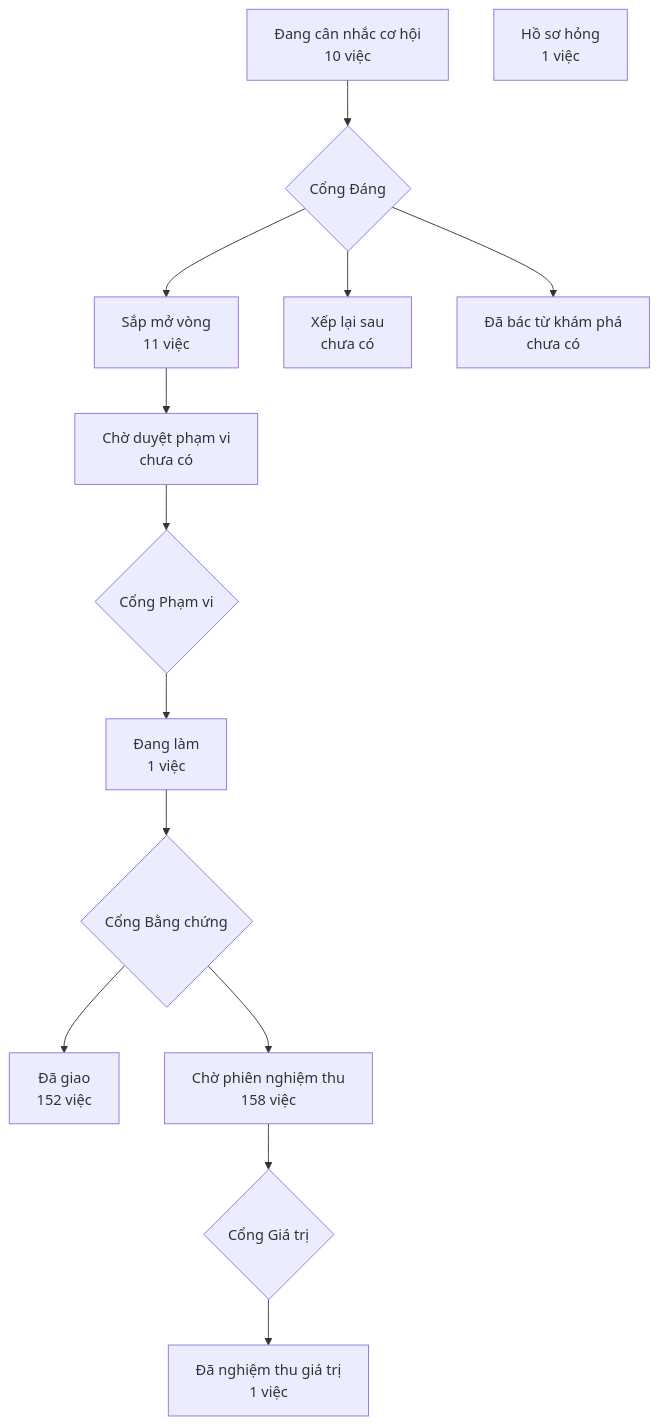
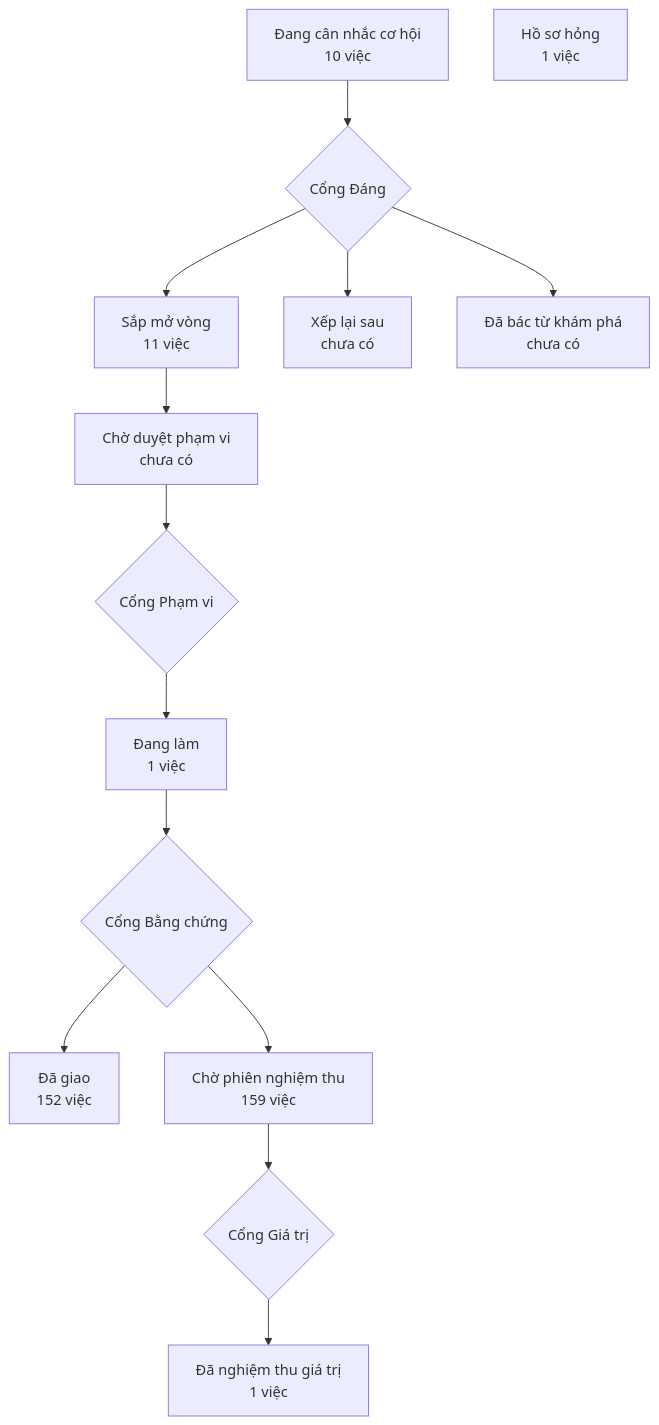
Before and after one commit to phanlemanh/crm-onehub: the diagram in PRODUCT-MAP.md, drawn with Mermaid. The commit also changed 1 other file, not shown here.

Commit message:
docs(ngan-kr-mot-cho): vẽ lại bản đồ sau gộp onehub

````diff
--- a/PRODUCT-MAP.md
+++ b/PRODUCT-MAP.md
@@ -7,13 +7,13 @@
 ```mermaid
 flowchart TD
   A["Đang cân nhắc cơ hội<br/>10 việc"] --> GD{"Cổng Đáng"}
   GD --> B["Sắp mở vòng<br/>11 việc"]
   GD --> XL["Xếp lại sau<br/>chưa có"]
   GD --> DB["Đã bác từ khám phá<br/>chưa có"]
   B --> CD["Chờ duyệt phạm vi<br/>chưa có"] --> GP{"Cổng Phạm vi"}
   GP --> DL["Đang làm<br/>1 việc"] --> GB{"Cổng Bằng chứng"}
   GB --> DG["Đã giao<br/>152 việc"]
-  GB --> CN["Chờ phiên nghiệm thu<br/>158 việc"] --> GG{"Cổng Giá trị"}
+  GB --> CN["Chờ phiên nghiệm thu<br/>159 việc"] --> GG{"Cổng Giá trị"}
   GG --> NT["Đã nghiệm thu giá trị<br/>1 việc"]
   HS["Hồ sơ hỏng<br/>1 việc"]
 ```
````
